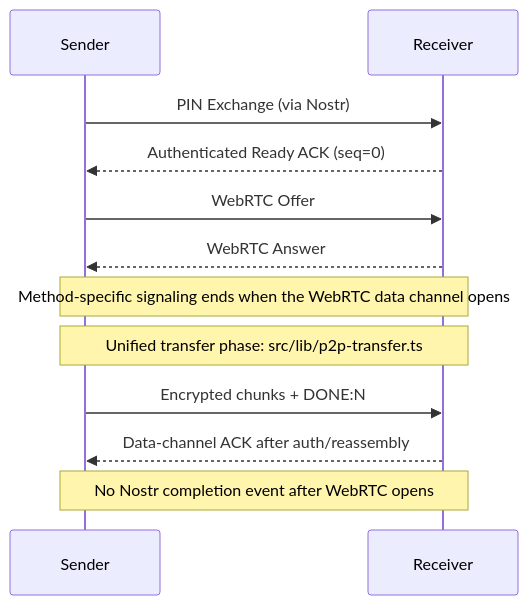
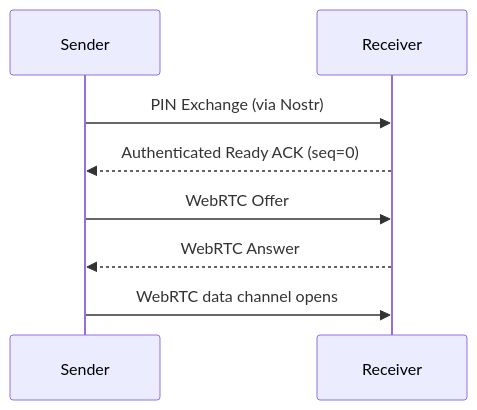
Before and after one commit to andrewtheguy/secure-send-web: the second of 5 diagrams in docs/ARCHITECTURE.md, drawn with Mermaid. The commit also changed other lines of this file, not shown here.

Commit message:
refactor: clarify signaling setup and unified transfer process in architecture documentation

````diff
--- a/docs/ARCHITECTURE.md
+++ b/docs/ARCHITECTURE.md
@@ -62,14 +62,10 @@
 ```mermaid
 sequenceDiagram
     participant Sender
     participant Receiver
     Sender->>Receiver: PIN Exchange (via Nostr)
     Receiver-->>Sender: Authenticated Ready ACK (seq=0)
     Sender->>Receiver: WebRTC Offer
     Receiver-->>Sender: WebRTC Answer
-    Note over Sender,Receiver: Method-specific signaling ends when the WebRTC data channel opens
-    Note over Sender,Receiver: Unified transfer phase: src/lib/p2p-transfer.ts
-    Sender->>Receiver: Encrypted chunks + DONE:N
-    Receiver-->>Sender: Data-channel ACK after auth/reassembly
-    Note over Sender,Receiver: No Nostr completion event after WebRTC opens
+    Sender->>Receiver: WebRTC data channel opens
 ```
````
